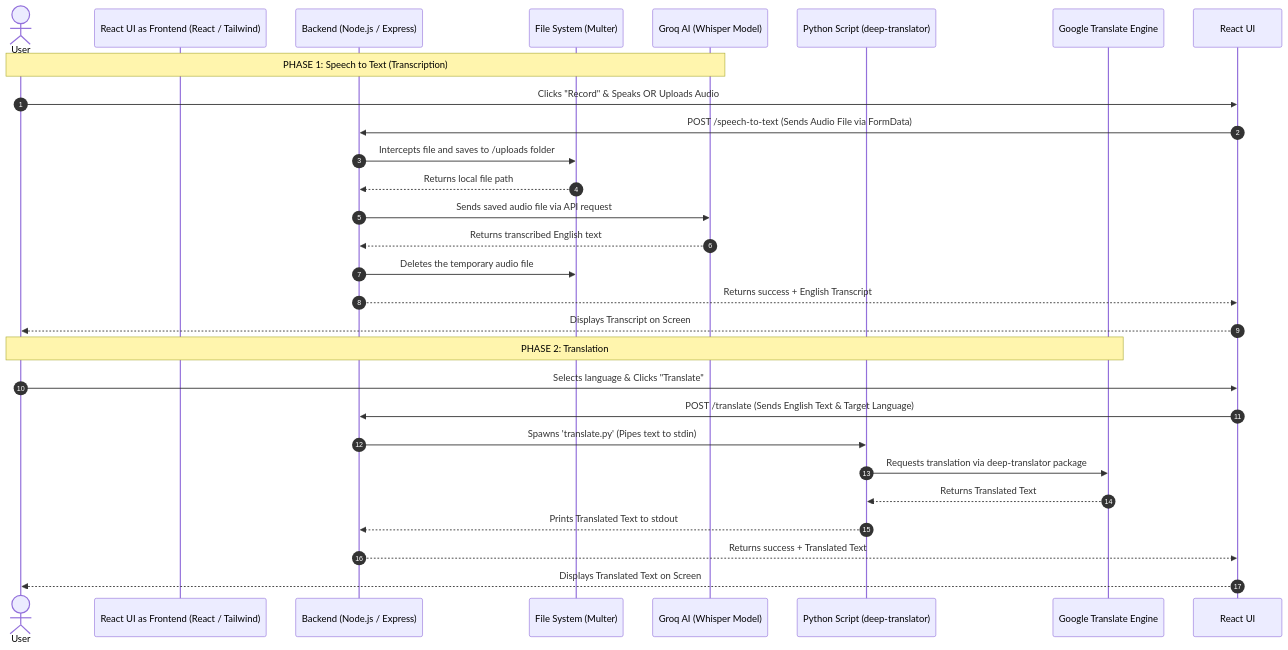
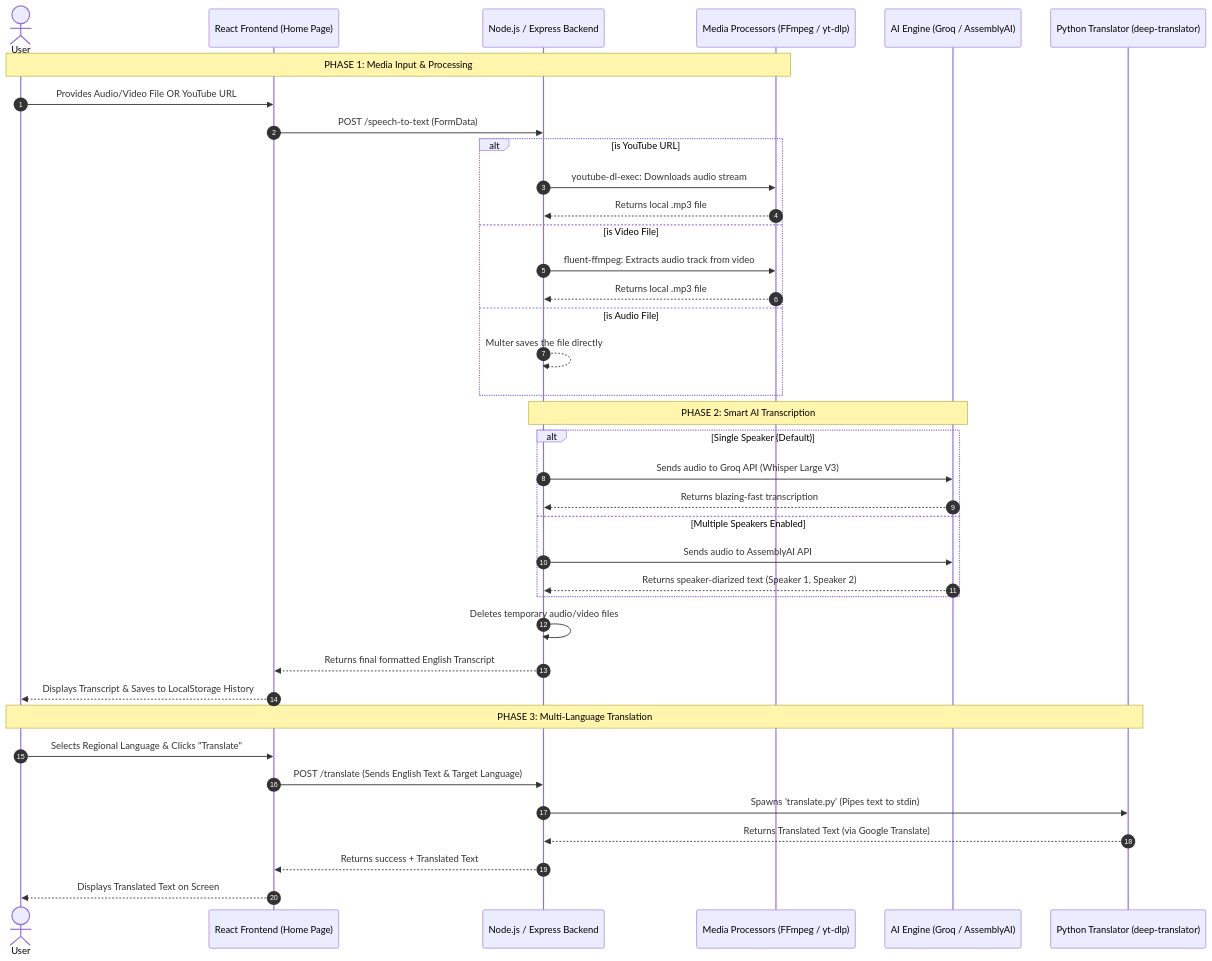
One commit to Shreyas142004/Speech-to-Text changed the diagram in Project-Flowchart.md. Above: the diagram before and after it, drawn with Mermaid. The commit also changed other lines of this file and 9 other files, not shown here.

````diff
--- a/Project-Flowchart.md
+++ b/Project-Flowchart.md
@@ -5,35 +5,50 @@
 ```mermaid
 sequenceDiagram
     autonumber
     
     actor User
-    participant React UI as Frontend (React / Tailwind)
-    participant Express as Backend (Node.js / Express)
-    participant Multer as File System (Multer)
-    participant Groq as Groq AI (Whisper Model)
-    participant Python as Python Script (deep-translator)
-    participant Google as Google Translate Engine
+    participant Frontend as React Frontend (Home Page)
+    participant Backend as Node.js / Express Backend
+    participant Processor as Media Processors (FFmpeg / yt-dlp)
+    participant AI as AI Engine (Groq / AssemblyAI)
+    participant Python as Python Translator (deep-translator)
 
-    %% Transcription Flow
-    Note over User, Groq: PHASE 1: Speech to Text (Transcription)
-    User->>React UI: Clicks "Record" & Speaks OR Uploads Audio
-    React UI->>Express: POST /speech-to-text (Sends Audio File via FormData)
-    Express->>Multer: Intercepts file and saves to /uploads folder
-    Multer-->>Express: Returns local file path
-    Express->>Groq: Sends saved audio file via API request
-    Groq-->>Express: Returns transcribed English text
-    Express->>Multer: Deletes the temporary audio file
-    Express-->>React UI: Returns success + English Transcript
-    React UI-->>User: Displays Transcript on Screen
+    %% PHASE 1: Input & Media Processing
+    Note over User, Processor: PHASE 1: Media Input & Processing
+    User->>Frontend: Provides Audio/Video File OR YouTube URL
+    Frontend->>Backend: POST /speech-to-text (FormData)
+    
+    alt is YouTube URL
+        Backend->>Processor: youtube-dl-exec: Downloads audio stream
+        Processor-->>Backend: Returns local .mp3 file
+    else is Video File
+        Backend->>Processor: fluent-ffmpeg: Extracts audio track from video
+        Processor-->>Backend: Returns local .mp3 file
+    else is Audio File
+        Backend-->>Backend: Multer saves the file directly
+    end
 
-    %% Translation Flow
-    Note over User, Google: PHASE 2: Translation
-    User->>React UI: Selects language & Clicks "Translate"
-    React UI->>Express: POST /translate (Sends English Text & Target Language)
-    Express->>Python: Spawns 'translate.py' (Pipes text to stdin)
-    Python->>Google: Requests translation via deep-translator package
-    Google-->>Python: Returns Translated Text
-    Python-->>Express: Prints Translated Text to stdout
-    Express-->>React UI: Returns success + Translated Text
-    React UI-->>User: Displays Translated Text on Screen
+    %% PHASE 2: AI Transcription
+    Note over Backend, AI: PHASE 2: Smart AI Transcription
+    
+    alt Single Speaker (Default)
+        Backend->>AI: Sends audio to Groq API (Whisper Large V3)
+        AI-->>Backend: Returns blazing-fast transcription
+    else Multiple Speakers Enabled
+        Backend->>AI: Sends audio to AssemblyAI API
+        AI-->>Backend: Returns speaker-diarized text (Speaker 1, Speaker 2)
+    end
+    
+    Backend->>Backend: Deletes temporary audio/video files
+    Backend-->>Frontend: Returns final formatted English Transcript
+    Frontend-->>User: Displays Transcript & Saves to LocalStorage History
+
+    %% PHASE 3: Translation
+    Note over User, Python: PHASE 3: Multi-Language Translation
+    User->>Frontend: Selects Regional Language & Clicks "Translate"
+    Frontend->>Backend: POST /translate (Sends English Text & Target Language)
+    Backend->>Python: Spawns 'translate.py' (Pipes text to stdin)
+    Python-->>Backend: Returns Translated Text (via Google Translate)
+    Backend-->>Frontend: Returns success + Translated Text
+    Frontend-->>User: Displays Translated Text on Screen
 ```
````
